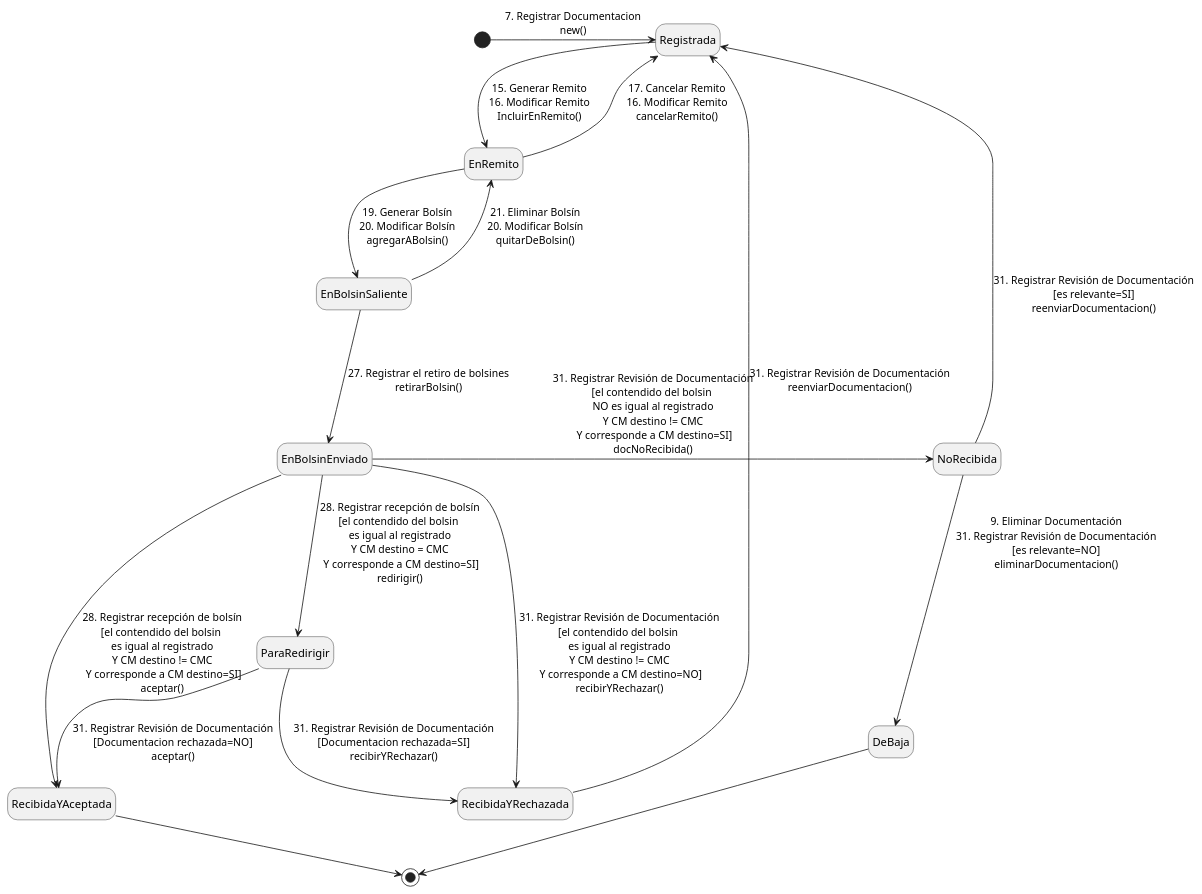
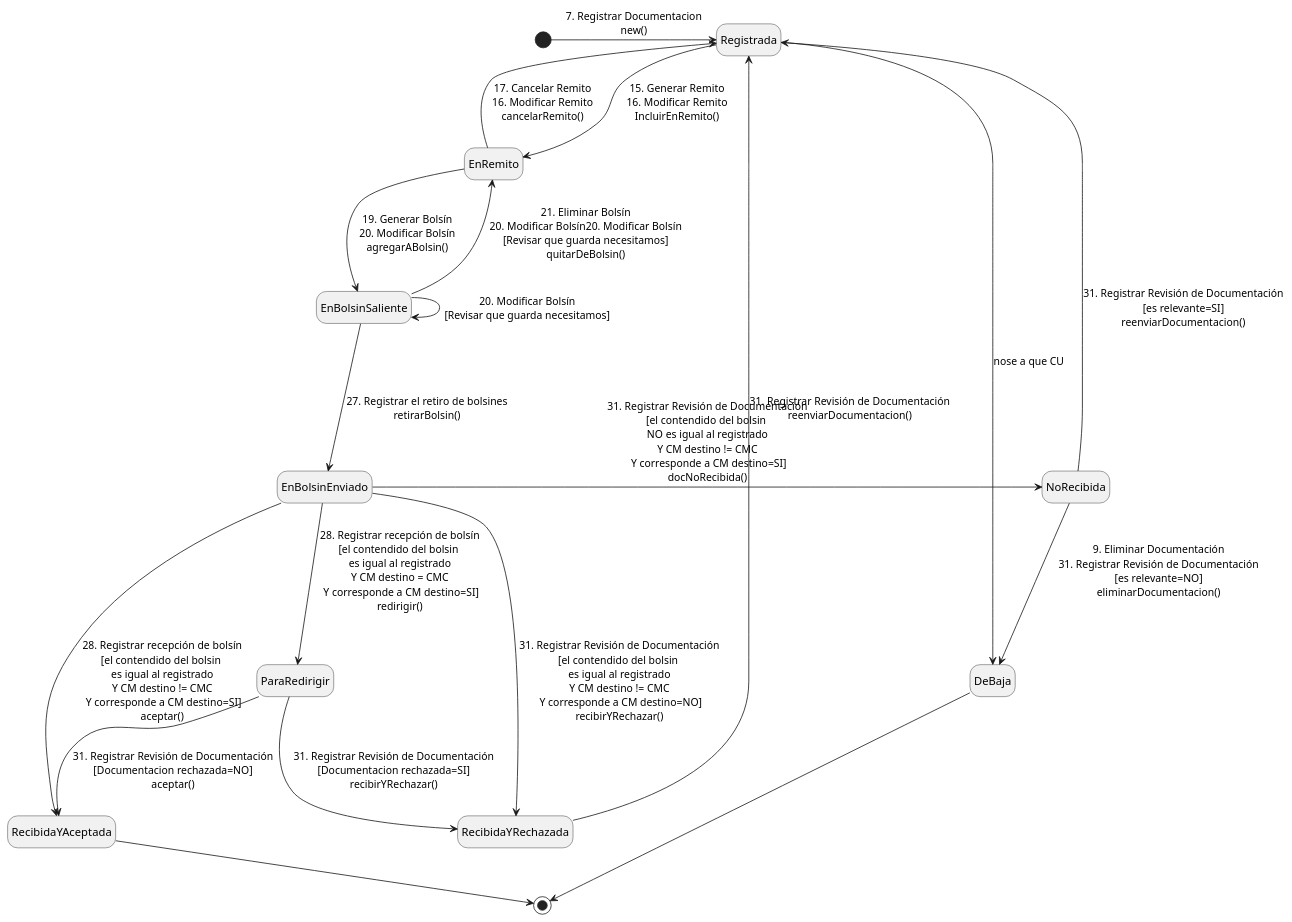
Before and after one commit to JuanjoCasas/PPAI-Bolsin: the diagram in doc/CU28_RegistrarRecepcionDeBolsin/Analisis/ME_Documentacion.puml, drawn with PlantUML. The commit also changed 2 other files, not shown here.

```diff
--- a/doc/CU28_RegistrarRecepcionDeBolsin/Analisis/ME_Documentacion.puml
+++ b/doc/CU28_RegistrarRecepcionDeBolsin/Analisis/ME_Documentacion.puml
@@ -1,28 +1,30 @@
 @startuml "Maquina de estados de Documentación"
 hide empty description
 
 [*] -> Registrada : 7. Registrar Documentacion\nnew()
 
 Registrada --> EnRemito : 15. Generar Remito\n16. Modificar Remito\nIncluirEnRemito()
+Registrada --> DeBaja : nose a que CU
 
 EnRemito -> Registrada : 17. Cancelar Remito\n16. Modificar Remito\ncancelarRemito()
 
 EnRemito --> EnBolsinSaliente : 19. Generar Bolsín\n20. Modificar Bolsín\nagregarABolsin()
 
-EnBolsinSaliente -> EnRemito : 21. Eliminar Bolsín\n20. Modificar Bolsín\nquitarDeBolsin()
+EnBolsinSaliente -> EnBolsinSaliente : 20. Modificar Bolsín\n[Revisar que guarda necesitamos]
+EnBolsinSaliente -> EnRemito : 21. Eliminar Bolsín\n20. Modificar Bolsín20. Modificar Bolsín\n[Revisar que guarda necesitamos]\nquitarDeBolsin()
 
 EnBolsinSaliente ---> EnBolsinEnviado : 27. Registrar el retiro de bolsines\nretirarBolsin()
 
 EnBolsinEnviado --> RecibidaYAceptada: 28. Registrar recepción de bolsín\n[el contendido del bolsin \nes igual al registrado\nY CM destino != CMC\n Y corresponde a CM destino=SI]\naceptar()
 EnBolsinEnviado -> NoRecibida: 31. Registrar Revisión de Documentación\n[el contendido del bolsin \nNO es igual al registrado\nY CM destino != CMC\n Y corresponde a CM destino=SI]\ndocNoRecibida()
 NoRecibida -> Registrada: 31. Registrar Revisión de Documentación\n[es relevante=SI]\nreenviarDocumentacion()
 NoRecibida --> DeBaja: 9. Eliminar Documentación\n31. Registrar Revisión de Documentación\n[es relevante=NO]\neliminarDocumentacion()
 EnBolsinEnviado -> RecibidaYRechazada: 31. Registrar Revisión de Documentación\n[el contendido del bolsin \nes igual al registrado\nY CM destino != CMC\n Y corresponde a CM destino=NO]\nrecibirYRechazar()
 RecibidaYRechazada -> Registrada: 31. Registrar Revisión de Documentación\nreenviarDocumentacion()
 EnBolsinEnviado --> ParaRedirigir: 28. Registrar recepción de bolsín\n[el contendido del bolsin \nes igual al registrado\nY CM destino = CMC\n Y corresponde a CM destino=SI]\nredirigir()
 ParaRedirigir --> RecibidaYAceptada: 31. Registrar Revisión de Documentación\n[Documentacion rechazada=NO]\naceptar()
 ParaRedirigir --> RecibidaYRechazada: 31. Registrar Revisión de Documentación\n[Documentacion rechazada=SI]\nrecibirYRechazar()
 RecibidaYAceptada --> [*]
 DeBaja --> [*]
 
 @enduml
```
